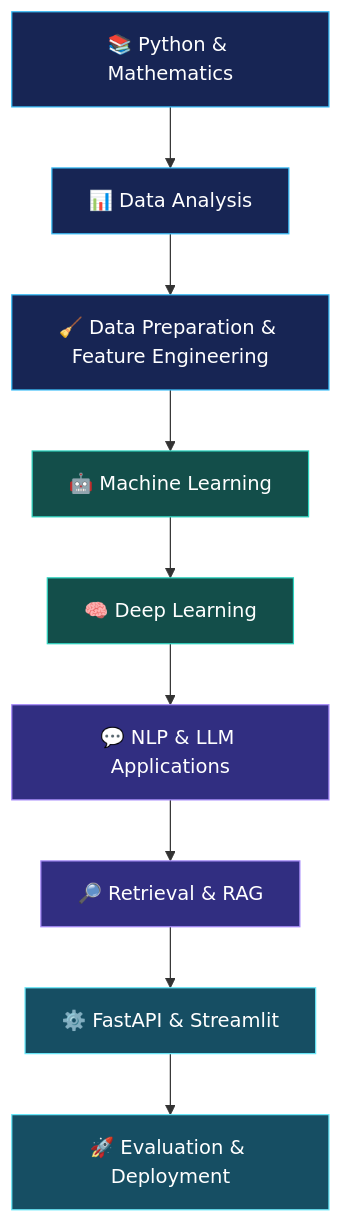
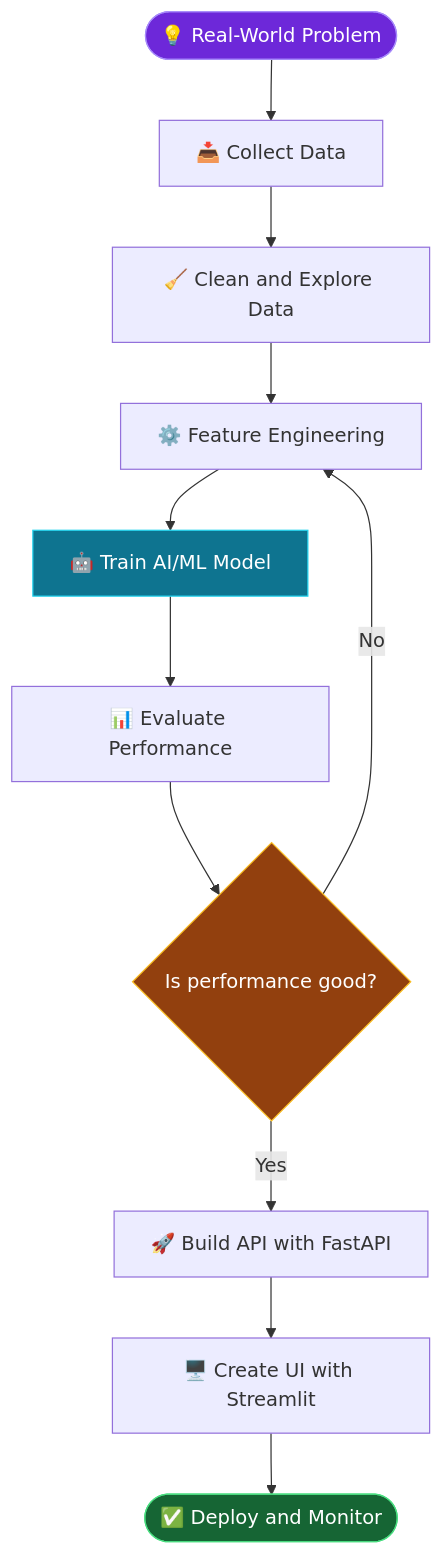
The first of 2 diagrams in README.md (naveen057/naveen057), drawn with Mermaid before and after one commit. The commit also changed other lines of this file, not shown here.

````diff
--- a/README.md
+++ b/README.md
@@ -37,21 +72,18 @@
 ```mermaid
 flowchart TD
-    A["📚 Python & Mathematics"] --> B["📊 Data Analysis"]
-    B --> C["🧹 Data Preparation & Feature Engineering"]
-    C --> D["🤖 Machine Learning"]
-    D --> E["🧠 Deep Learning"]
-    E --> F["💬 NLP & LLM Applications"]
-    F --> G["🔎 Retrieval & RAG"]
-    G --> H["⚙️ FastAPI & Streamlit"]
-    H --> I["🚀 Evaluation & Deployment"]
+    A(["💡 Real-World Problem"]) --> B["📥 Collect Data"]
+    B --> C["🧹 Clean and Explore Data"]
+    C --> D["⚙️ Feature Engineering"]
+    D --> E["🤖 Train AI/ML Model"]
+    E --> F["📊 Evaluate Performance"]
+    F --> G{"Is performance good?"}
+    G -- "No" --> D
+    G -- "Yes" --> H["🚀 Build API with FastAPI"]
+    H --> I["🖥️ Create UI with Streamlit"]
+    I --> J(["✅ Deploy and Monitor"])
 
-    classDef foundation fill:#172554,stroke:#38BDF8,color:#FFFFFF
-    classDef modeling fill:#134E4A,stroke:#2DD4BF,color:#FFFFFF
-    classDef ai fill:#312E81,stroke:#A78BFA,color:#FFFFFF
-    classDef deploy fill:#164E63,stroke:#67E8F9,color:#FFFFFF
-
-    class A,B,C foundation
-    class D,E modeling
-    class F,G ai
-    class H,I deploy
+    style A fill:#6D28D9,color:#FFFFFF,stroke:#A78BFA
+    style E fill:#0E7490,color:#FFFFFF,stroke:#22D3EE
+    style G fill:#92400E,color:#FFFFFF,stroke:#FBBF24
+    style J fill:#166534,color:#FFFFFF,stroke:#4ADE80
 ```
````
